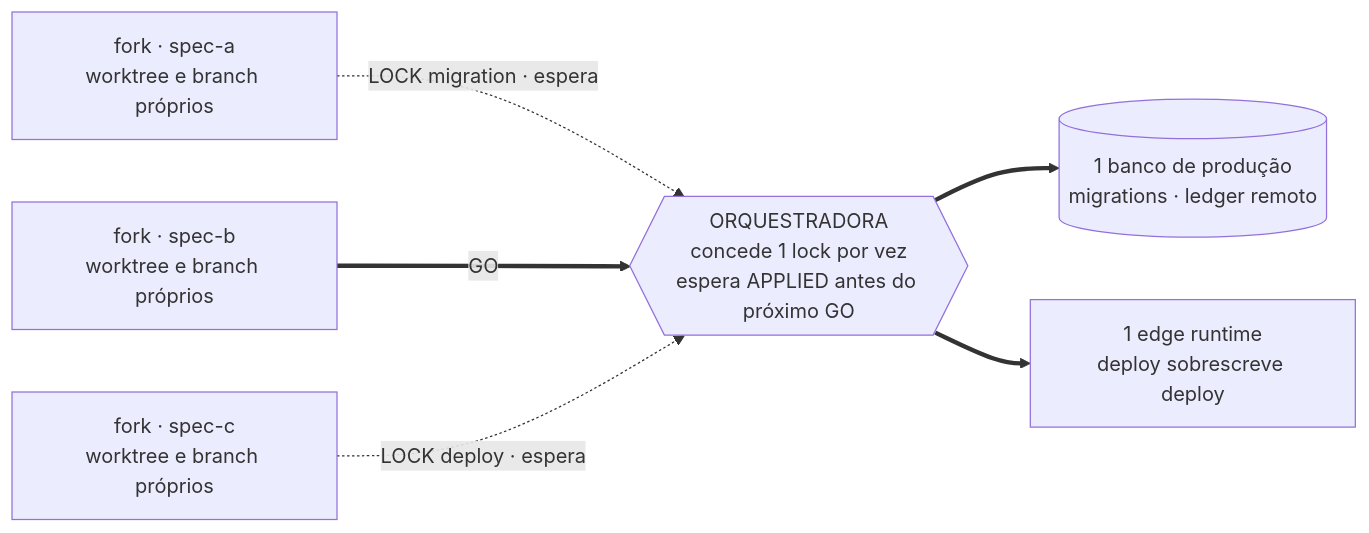
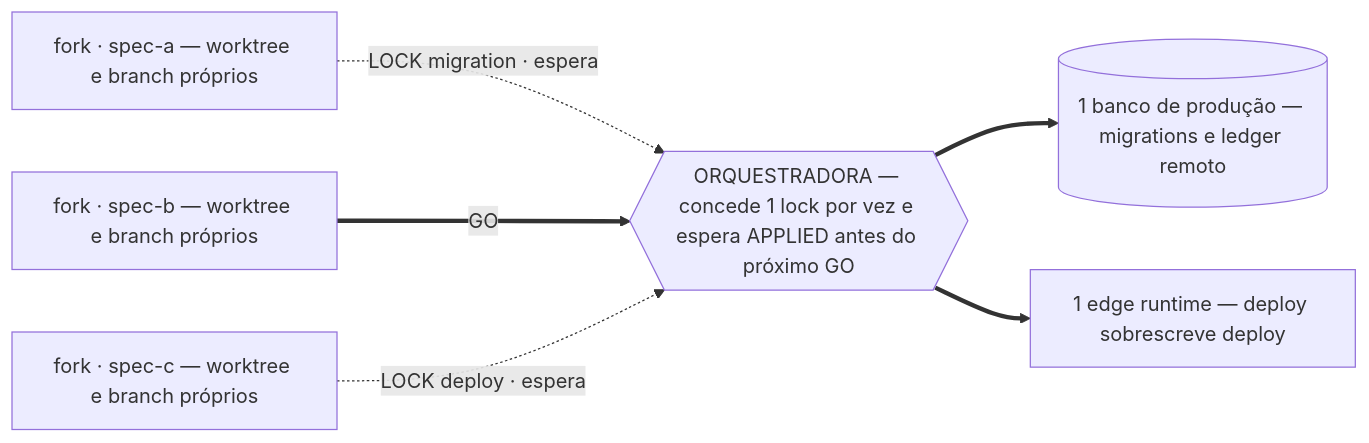
One commit to will-pagane/claude-setup changed the third of 9 diagrams in docs/cadeia-session.md. Above: the diagram before and after it, drawn with Mermaid. The commit also changed other lines of this file, not shown here.

First line of the commit message:
fix(docs): drop <br/> from mermaid labels, GitHub strips it

````diff
--- a/docs/cadeia-session.md
+++ b/docs/cadeia-session.md
@@ -75,15 +75,15 @@
 ```mermaid
 flowchart LR
-    a["fork · spec-a<br/>worktree e branch próprios"]
-    b["fork · spec-b<br/>worktree e branch próprios"]
-    c["fork · spec-c<br/>worktree e branch próprios"]
+    a["fork · spec-a — worktree e branch próprios"]
+    b["fork · spec-b — worktree e branch próprios"]
+    c["fork · spec-c — worktree e branch próprios"]
 
     a -. "LOCK migration · espera" .-> o
     b == "GO" ==> o
     c -. "LOCK deploy · espera" .-> o
 
-    o{{"ORQUESTRADORA<br/>concede 1 lock por vez<br/>espera APPLIED antes do próximo GO"}}
+    o{{"ORQUESTRADORA — concede 1 lock por vez e espera APPLIED antes do próximo GO"}}
 
-    o ==> db[("1 banco de produção<br/>migrations · ledger remoto")]
-    o ==> rt["1 edge runtime<br/>deploy sobrescreve deploy"]
+    o ==> db[("1 banco de produção — migrations e ledger remoto")]
+    o ==> rt["1 edge runtime — deploy sobrescreve deploy"]
 ```
````
